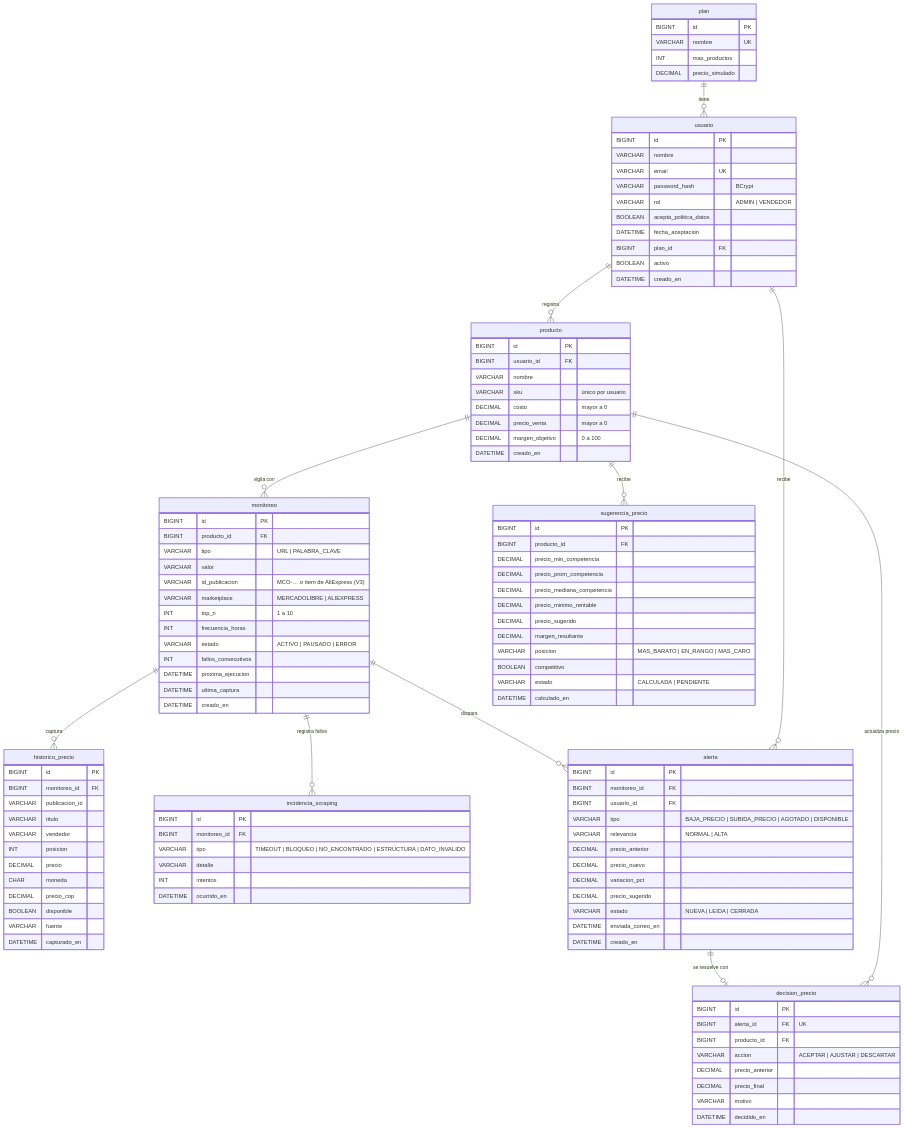
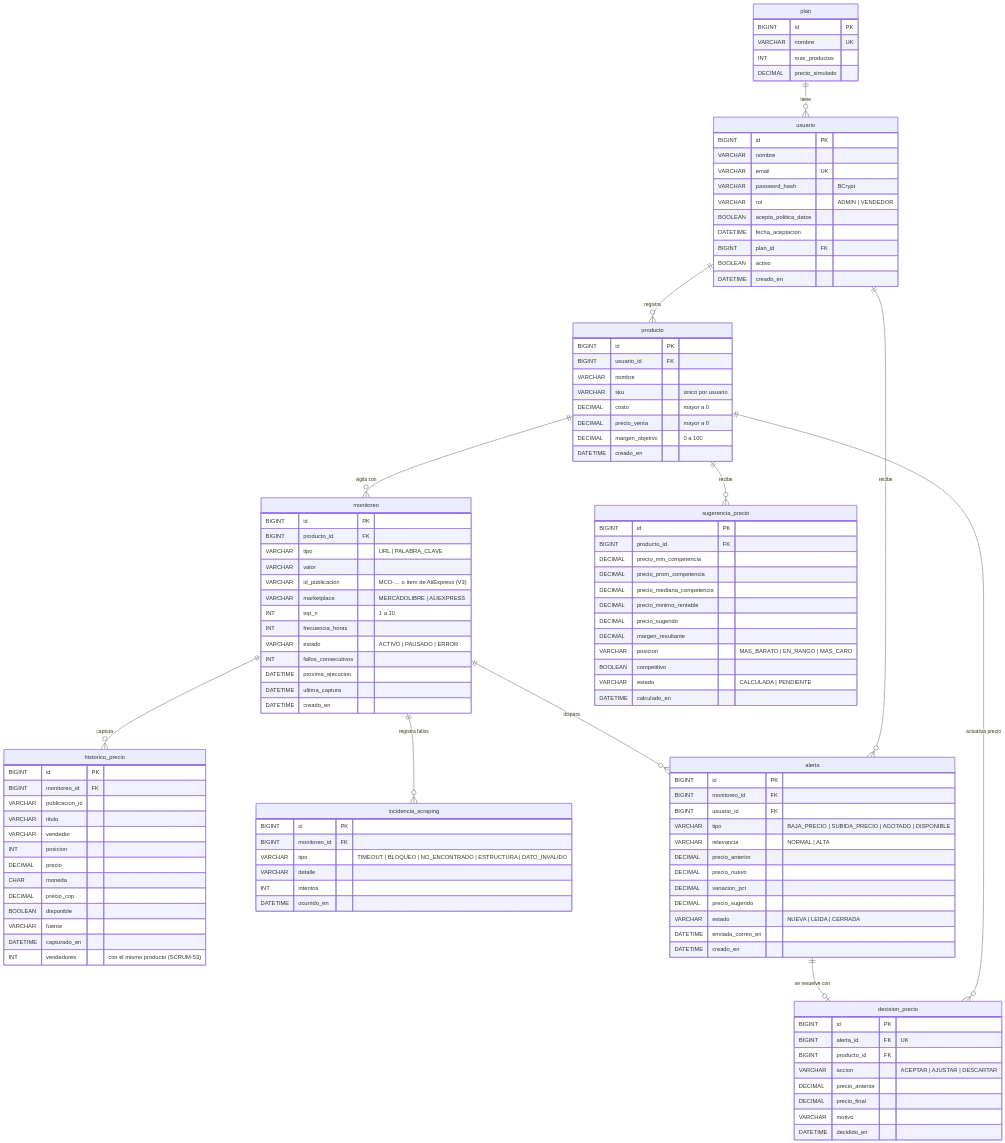
One commit to BrianZuto/Trendly-app changed the diagram in docs/modelo-datos.md. Above: the diagram before and after it, drawn with Mermaid. The commit also changed 23 other files, not shown here.

```diff
--- a/docs/modelo-datos.md
+++ b/docs/modelo-datos.md
@@ -71,6 +71,7 @@
         BOOLEAN disponible
         VARCHAR fuente
         DATETIME capturado_en
+        INT vendedores "con el mismo producto (SCRUM-53)"
     }
     incidencia_scraping {
         BIGINT id PK
```
